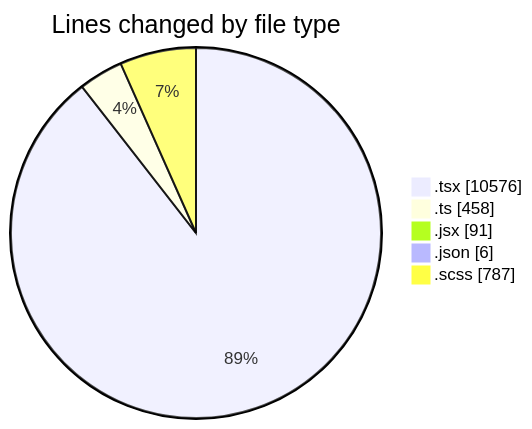
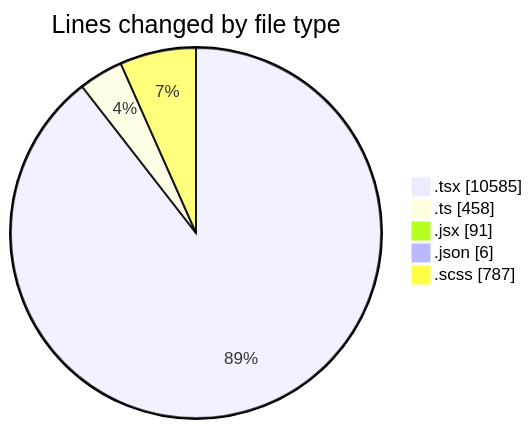
Before and after one commit to momahboobian/code-tracking: the first of 2 diagrams in 2026-04-27/cda/README.md, drawn with Mermaid. The commit also changed other lines of this file and 1 other file, not shown here.

````diff
--- a/2026-04-27/cda/README.md
+++ b/2026-04-27/cda/README.md
@@ -57,9 +57,9 @@
 ```mermaid
 pie showData
 title Lines changed by file type
-".tsx" : 10576
+".tsx" : 10585
 ".ts" : 458
 ".jsx" : 91
 ".json" : 6
 ".scss" : 787
 ```
````
